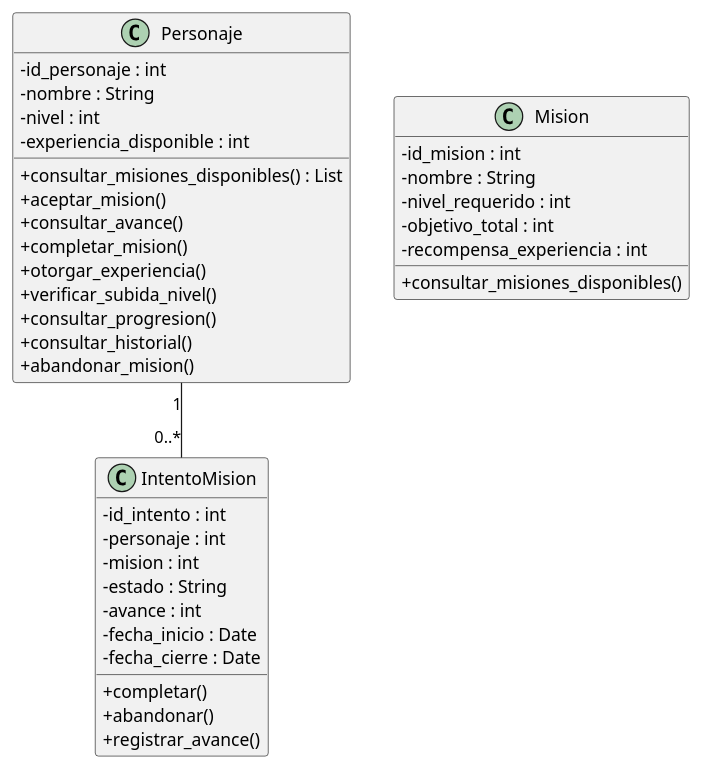
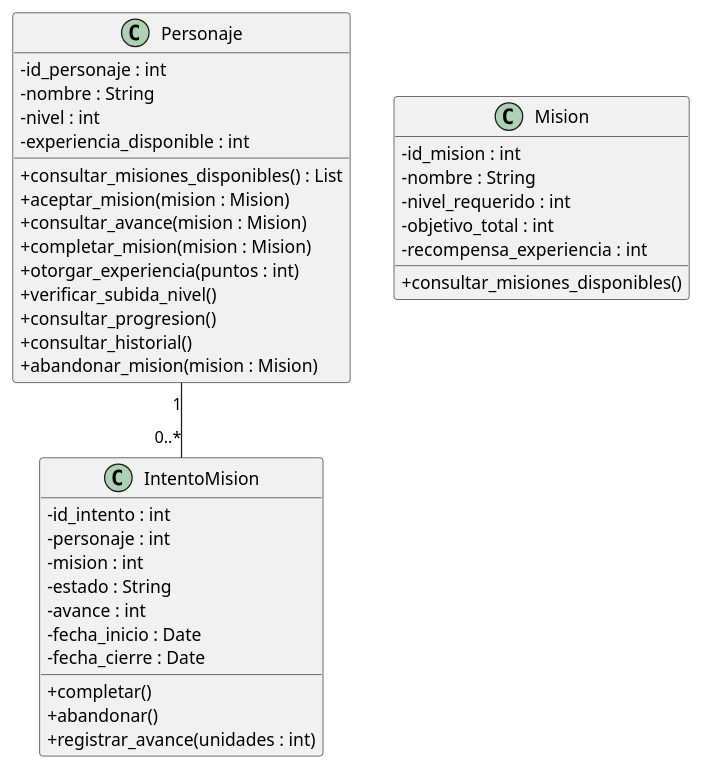
One commit to stephannynayleth01-coder/analisis-final-g4 changed the diagram in salida/diagramas/02_clases.puml. Above: the diagram before and after it, drawn with PlantUML. The commit also changed 16 other files, not shown here.

```diff
--- a/salida/diagramas/02_clases.puml
+++ b/salida/diagramas/02_clases.puml
@@ -1,44 +1,44 @@
 @startuml
 ' Generado por spec2code. Es una PROPUESTA del pipeline: audítala contra la spec.
 skinparam classAttributeIconSize 0
 
 class Personaje {
   - id_personaje : int
   - nombre : String
   - nivel : int
   - experiencia_disponible : int
   + consultar_misiones_disponibles() : List
-  + aceptar_mision()
-  + consultar_avance()
-  + completar_mision()
-  + otorgar_experiencia()
+  + aceptar_mision(mision : Mision)
+  + consultar_avance(mision : Mision)
+  + completar_mision(mision : Mision)
+  + otorgar_experiencia(puntos : int)
   + verificar_subida_nivel()
   + consultar_progresion()
   + consultar_historial()
-  + abandonar_mision()
+  + abandonar_mision(mision : Mision)
 }
 
 class Mision {
   - id_mision : int
   - nombre : String
   - nivel_requerido : int
   - objetivo_total : int
   - recompensa_experiencia : int
   + consultar_misiones_disponibles()
 }
 
 class IntentoMision {
   - id_intento : int
   - personaje : int
   - mision : int
   - estado : String
   - avance : int
   - fecha_inicio : Date
   - fecha_cierre : Date
   + completar()
   + abandonar()
-  + registrar_avance()
+  + registrar_avance(unidades : int)
 }
 
 Personaje "1" -- "0..*" IntentoMision
 @enduml
```
